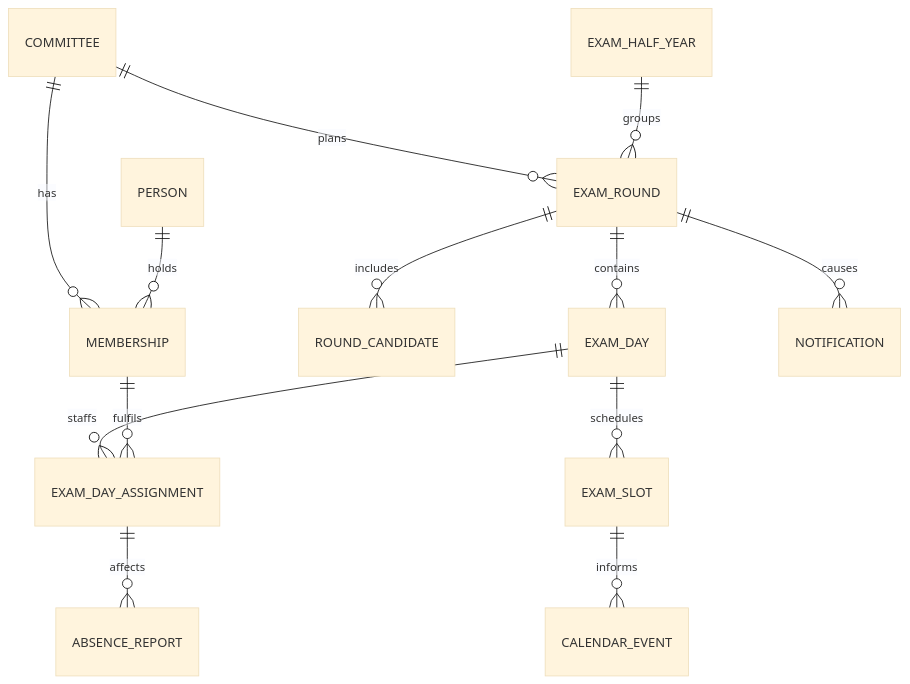
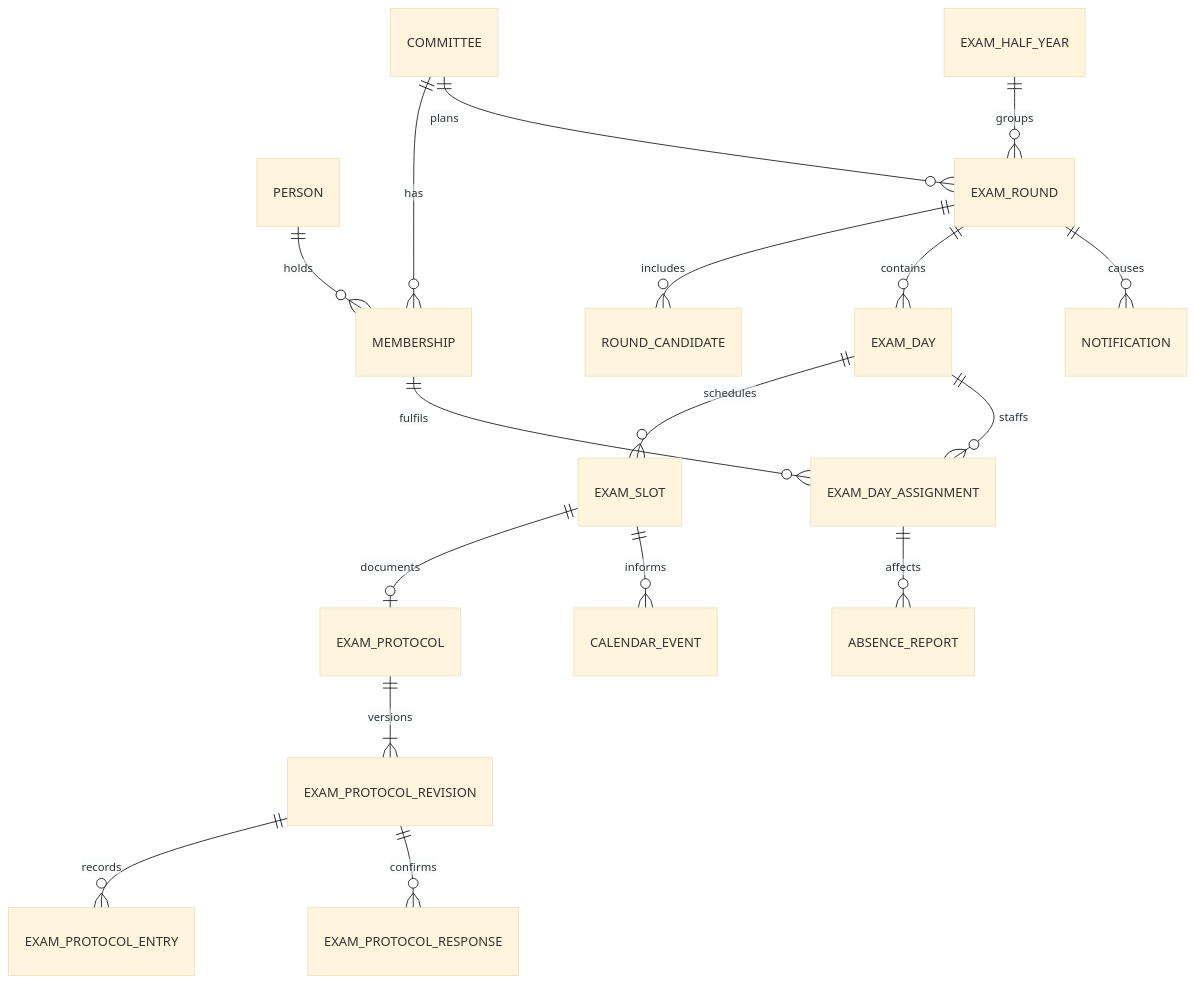
One commit to lxndrp/lzug changed the diagram in docs/developers/domain-model.md. Above: the diagram before and after it, drawn with Mermaid (base theme). The commit also changed other lines of this file and 34 other files, not shown here.

````diff
--- a/docs/developers/domain-model.md
+++ b/docs/developers/domain-model.md
@@ -11,15 +11,19 @@
 ```mermaid
 erDiagram
   COMMITTEE ||--o{ MEMBERSHIP : has
   PERSON ||--o{ MEMBERSHIP : holds
   COMMITTEE ||--o{ EXAM_ROUND : plans
   EXAM_HALF_YEAR ||--o{ EXAM_ROUND : groups
   EXAM_ROUND ||--o{ ROUND_CANDIDATE : includes
   EXAM_ROUND ||--o{ EXAM_DAY : contains
   EXAM_DAY ||--o{ EXAM_SLOT : schedules
+  EXAM_SLOT ||--o| EXAM_PROTOCOL : documents
+  EXAM_PROTOCOL ||--|{ EXAM_PROTOCOL_REVISION : versions
+  EXAM_PROTOCOL_REVISION ||--o{ EXAM_PROTOCOL_ENTRY : records
+  EXAM_PROTOCOL_REVISION ||--o{ EXAM_PROTOCOL_RESPONSE : confirms
   EXAM_DAY ||--o{ EXAM_DAY_ASSIGNMENT : staffs
   MEMBERSHIP ||--o{ EXAM_DAY_ASSIGNMENT : fulfils
   EXAM_ROUND ||--o{ NOTIFICATION : causes
   EXAM_SLOT ||--o{ CALENDAR_EVENT : informs
   EXAM_DAY_ASSIGNMENT ||--o{ ABSENCE_REPORT : affects
 ```
````
